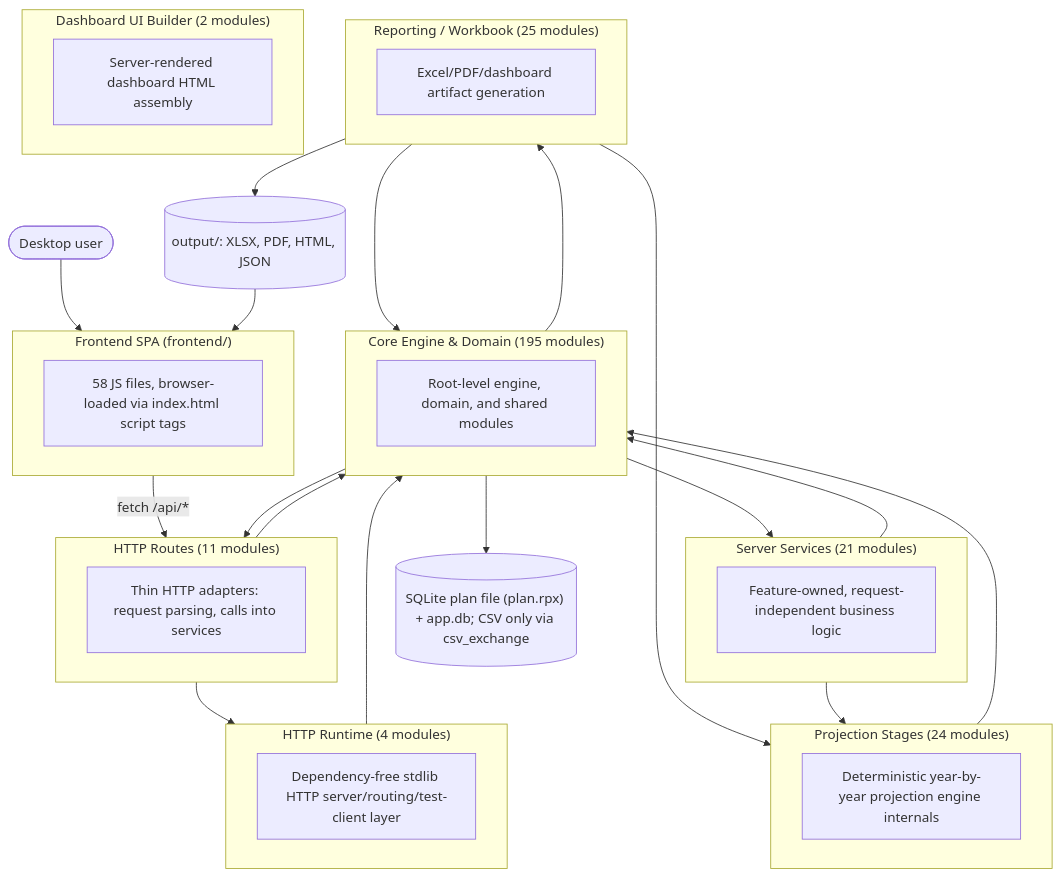
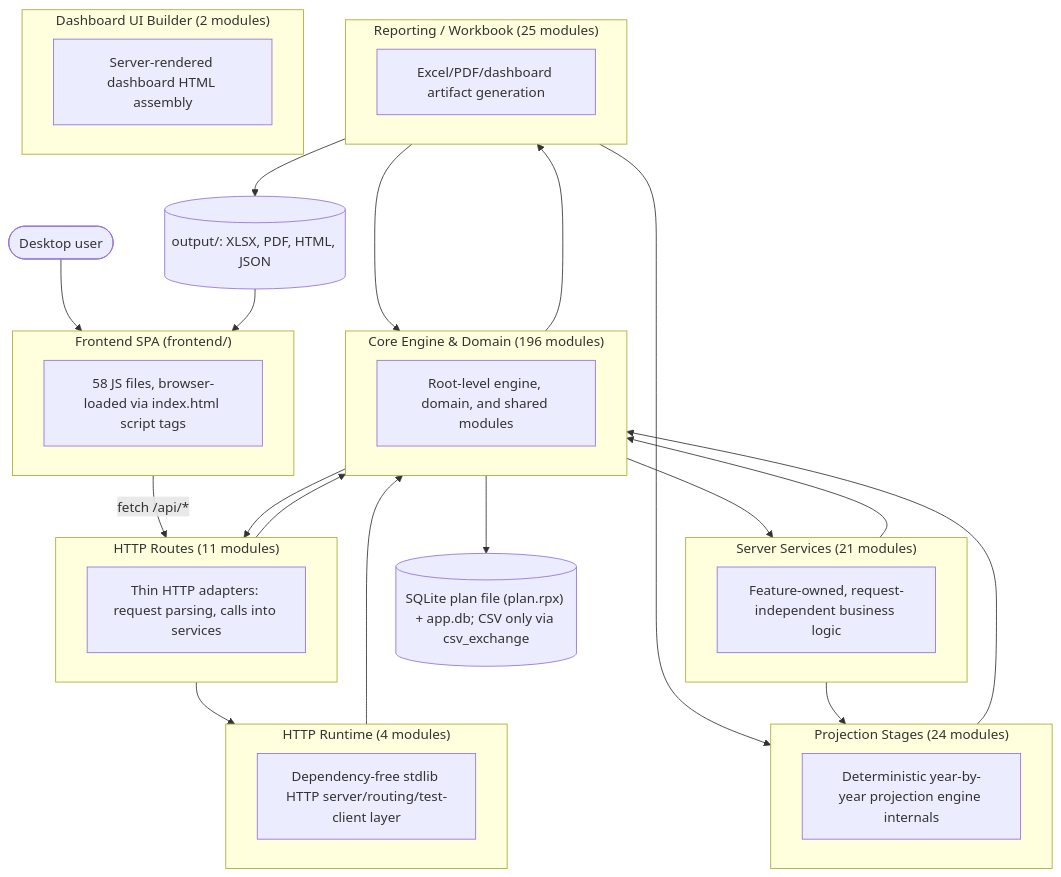
One commit to matthartzman/retirement_system changed the first of 2 diagrams in documentation/reference/SYSTEM_ARCHITECTURE_DIAGRAM.md. Above: the diagram before and after it, drawn with Mermaid. The commit also changed other lines of this file and 4 other files, not shown here.

````diff
--- a/documentation/reference/SYSTEM_ARCHITECTURE_DIAGRAM.md
+++ b/documentation/reference/SYSTEM_ARCHITECTURE_DIAGRAM.md
@@ -11,43 +11,43 @@
 ```mermaid
 flowchart TB
     User(["Desktop user"]) --> FE
     subgraph FE["Frontend SPA (frontend/)"]
         FEcount["58 JS files, browser-loaded via index.html script tags"]
     end
     FE -->|fetch /api/*| L_HTTP_Routes
     subgraph L_HTTP_Routes["HTTP Routes (11 modules)"]
         L_HTTP_Routes_d["Thin HTTP adapters: request parsing, calls into services"]
     end
     subgraph L_Server_Services["Server Services (21 modules)"]
         L_Server_Services_d["Feature-owned, request-independent business logic"]
     end
     subgraph L_HTTP_Runtime["HTTP Runtime (4 modules)"]
         L_HTTP_Runtime_d["Dependency-free stdlib HTTP server/routing/test-client layer"]
     end
-    subgraph L_Core_Engine___Domain["Core Engine & Domain (195 modules)"]
+    subgraph L_Core_Engine___Domain["Core Engine & Domain (196 modules)"]
         L_Core_Engine___Domain_d["Root-level engine, domain, and shared modules"]
     end
     subgraph L_Projection_Stages["Projection Stages (24 modules)"]
         L_Projection_Stages_d["Deterministic year-by-year projection engine internals"]
     end
     subgraph L_Reporting___Workbook["Reporting / Workbook (25 modules)"]
         L_Reporting___Workbook_d["Excel/PDF/dashboard artifact generation"]
     end
     subgraph L_Dashboard_UI_Builder["Dashboard UI Builder (2 modules)"]
         L_Dashboard_UI_Builder_d["Server-rendered dashboard HTML assembly"]
     end
     L_Core_Engine___Domain --> L_HTTP_Routes
     L_Core_Engine___Domain --> L_Reporting___Workbook
     L_Core_Engine___Domain --> L_Server_Services
     L_HTTP_Routes --> L_Core_Engine___Domain
     L_HTTP_Routes --> L_HTTP_Runtime
     L_HTTP_Runtime --> L_Core_Engine___Domain
     L_Projection_Stages --> L_Core_Engine___Domain
     L_Reporting___Workbook --> L_Core_Engine___Domain
     L_Reporting___Workbook --> L_Projection_Stages
     L_Server_Services --> L_Core_Engine___Domain
     L_Server_Services --> L_Projection_Stages
     L_Core_Engine___Domain --> DB[("SQLite plan file (plan.rpx) + app.db; CSV only via csv_exchange")]
     L_Reporting___Workbook --> Outputs[("output/: XLSX, PDF, HTML, JSON")]
     Outputs --> FE
 ```
````
